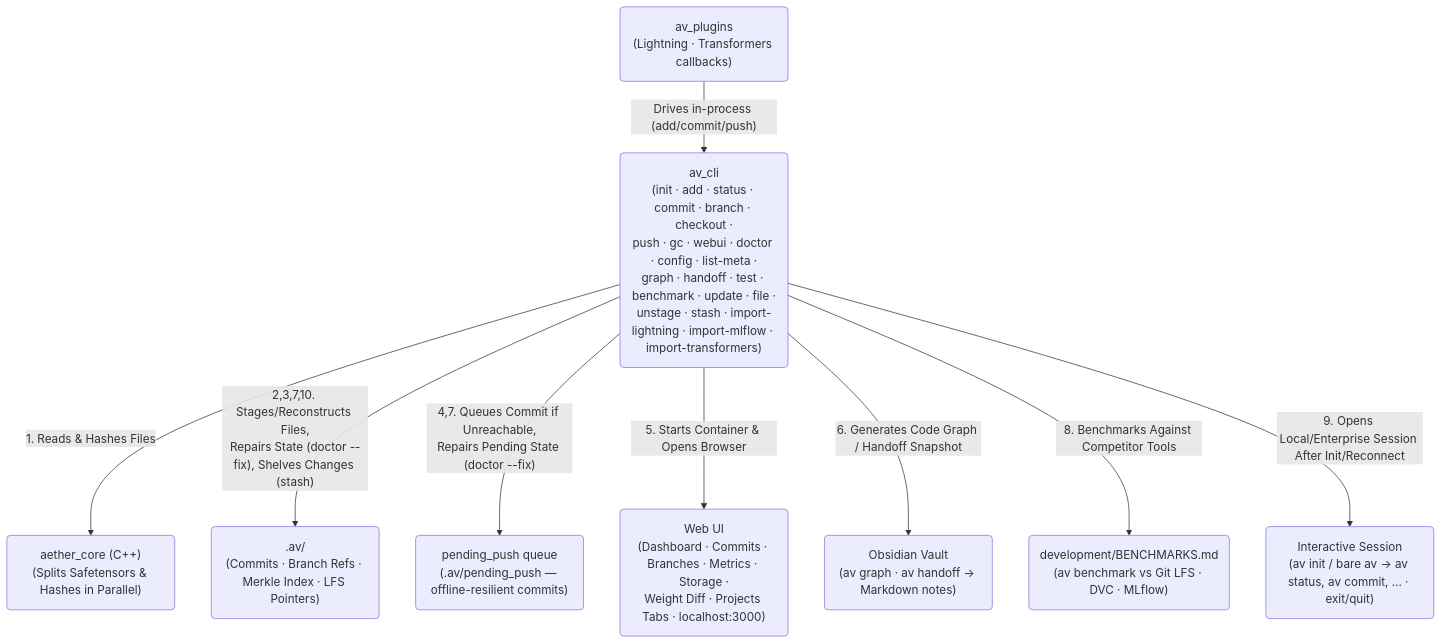
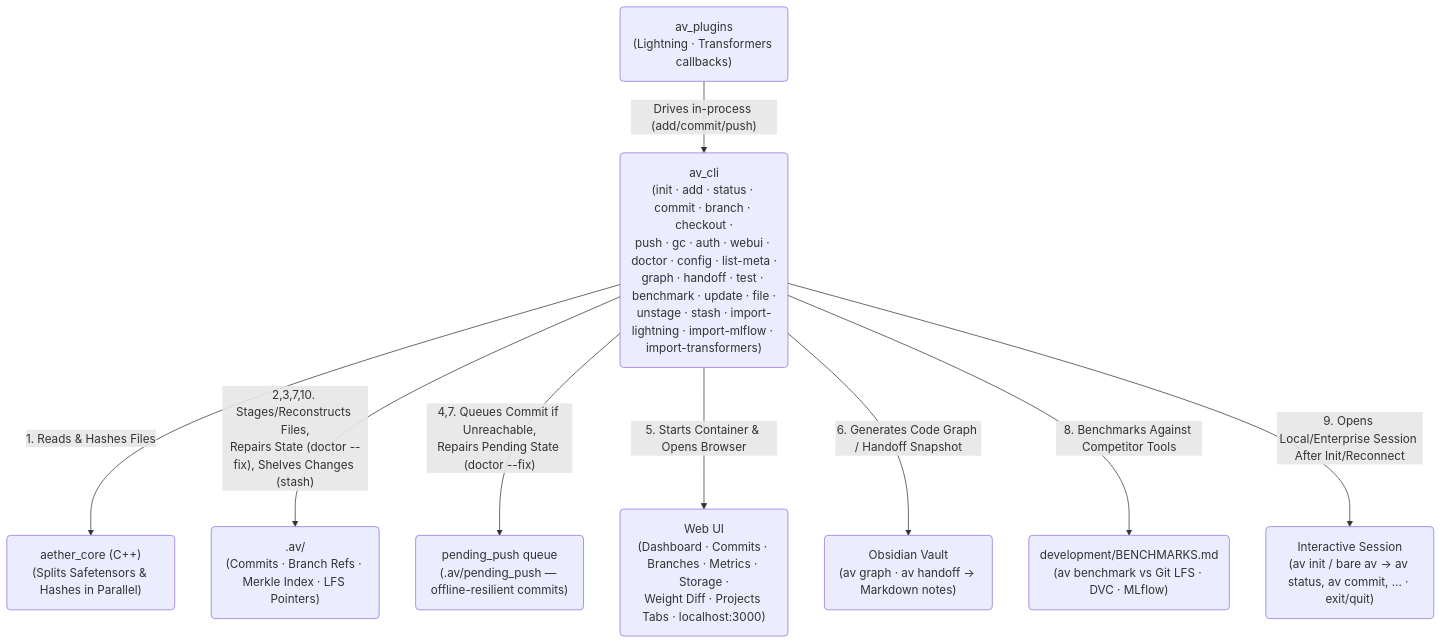
The first of 2 diagrams in README.md (leon1706-lol/Aether-Vault), drawn with Mermaid before and after one commit. The commit also changed other lines of this file and 20 other files, not shown here.

````diff
--- a/README.md
+++ b/README.md
@@ -55,21 +55,21 @@
 ```mermaid
 graph TD
     Plugins("av_plugins<br>(Lightning · Transformers callbacks)")
-    CLI("av_cli<br>(init · add · status · commit · branch · checkout ·<br>push · gc · webui · doctor · config · list-meta ·<br>graph · handoff · test · benchmark · update · file ·<br>unstage · stash · import-lightning · import-mlflow · import-transformers)")
+    CLI("av_cli<br>(init · add · status · commit · branch · checkout ·<br>push · gc · auth · webui · doctor · config · list-meta ·<br>graph · handoff · test · benchmark · update · file ·<br>unstage · stash · import-lightning · import-mlflow · import-transformers)")
     CPP("aether_core (C++)<br>(Splits Safetensors & Hashes in Parallel)")
     LocalDAG(".av/<br>(Commits · Branch Refs · Merkle Index · LFS Pointers)")
     PendingQ("pending_push queue<br>(.av/pending_push — offline-resilient commits)")
     WebUI("Web UI<br>(Dashboard · Commits · Branches · Metrics · Storage ·<br>Weight Diff · Projects Tabs · localhost:3000)")
     Vault("Obsidian Vault<br>(av graph · av handoff → Markdown notes)")
     Benchmarks("development/BENCHMARKS.md<br>(av benchmark vs Git LFS · DVC · MLflow)")
     Session("Interactive Session<br>(av init / bare av → av status, av commit, ... · exit/quit)")
 
     Plugins -- "Drives in-process (add/commit/push)" --> CLI
     CLI -- "1. Reads & Hashes Files" --> CPP
     CLI -- "2,3,7,10. Stages/Reconstructs Files,<br>Repairs State (doctor --fix), Shelves Changes (stash)" --> LocalDAG
     CLI -- "4,7. Queues Commit if Unreachable,<br>Repairs Pending State (doctor --fix)" --> PendingQ
     CLI -- "5. Starts Container & Opens Browser" --> WebUI
     CLI -- "6. Generates Code Graph / Handoff Snapshot" --> Vault
     CLI -- "8. Benchmarks Against Competitor Tools" --> Benchmarks
     CLI -- "9. Opens Local/Enterprise Session After Init/Reconnect" --> Session
 ```
````
